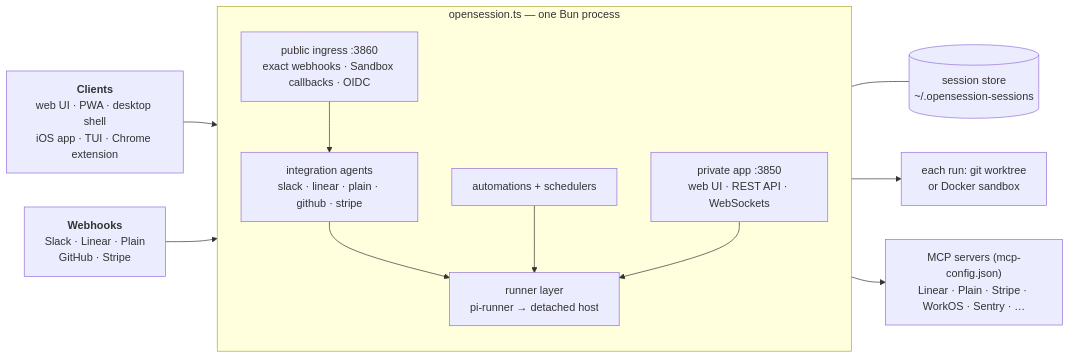
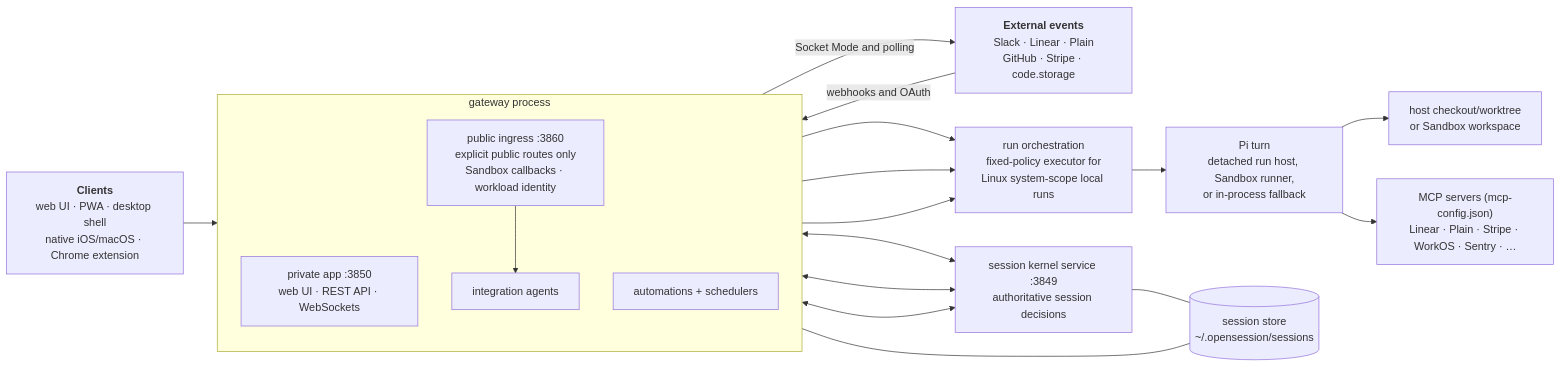
The diagram in docs/setup/README.md (Recovr-Rehab/opensession), drawn with Mermaid before and after one commit. The commit also changed other lines of this file and 64 other files, not shown here.

````diff
--- a/docs/setup/README.md
+++ b/docs/setup/README.md
@@ -23,24 +27,33 @@
 ```mermaid
 flowchart LR
-  clients["<b>Clients</b><br/>web UI · PWA · desktop shell<br/>iOS app · TUI · Chrome extension"]
-  hooks["<b>Webhooks</b><br/>Slack · Linear · Plain<br/>GitHub · Stripe"]
+  clients["<b>Clients</b><br/>web UI · PWA · desktop shell<br/>native iOS/macOS · Chrome extension"]
+  hooks["<b>External events</b><br/>Slack · Linear · Plain<br/>GitHub · Stripe · code.storage"]
 
-  subgraph bun["opensession.ts — one Bun process"]
+  subgraph gateway["gateway process"]
     direction TB
     http["private app :3850<br/>web UI · REST API · WebSockets"]
-    wh["public ingress :3860<br/>exact webhooks · Sandbox callbacks · OIDC"]
-    agents["integration agents<br/>slack · linear · plain · github · stripe"]
+    wh["public ingress :3860<br/>explicit public routes only<br/>Sandbox callbacks · workload identity"]
+    agents["integration agents"]
     autos["automations + schedulers"]
-    runner["runner layer<br/>pi-runner → detached host"]
     wh --> agents
-    agents --> runner
-    autos --> runner
-    http --> runner
   end
 
+  kernel["session kernel service :3849<br/>authoritative session decisions"]
+  launch["run orchestration<br/>fixed-policy executor for<br/>Linux system-scope local runs"]
+  runner["Pi turn<br/>detached run host, Sandbox runner,<br/>or in-process fallback"]
+
   clients --> http
-  hooks --> wh
-  http --- store[("session store<br/>~/.opensession-sessions")]
-  runner --> exec["each run: git worktree<br/>or Docker sandbox"]
+  hooks -->|webhooks and OAuth| wh
+  agents -->|Socket Mode and polling| hooks
+  http <--> kernel
+  agents <--> kernel
+  autos <--> kernel
+  http --> launch
+  agents --> launch
+  autos --> launch
+  launch --> runner
+  kernel --- store[("session store<br/>~/.opensession/sessions")]
+  http --- store
+  runner --> exec["host checkout/worktree<br/>or Sandbox workspace"]
   runner --> mcp["MCP servers (mcp-config.json)<br/>Linear · Plain · Stripe · WorkOS · Sentry · …"]
 ```
````
